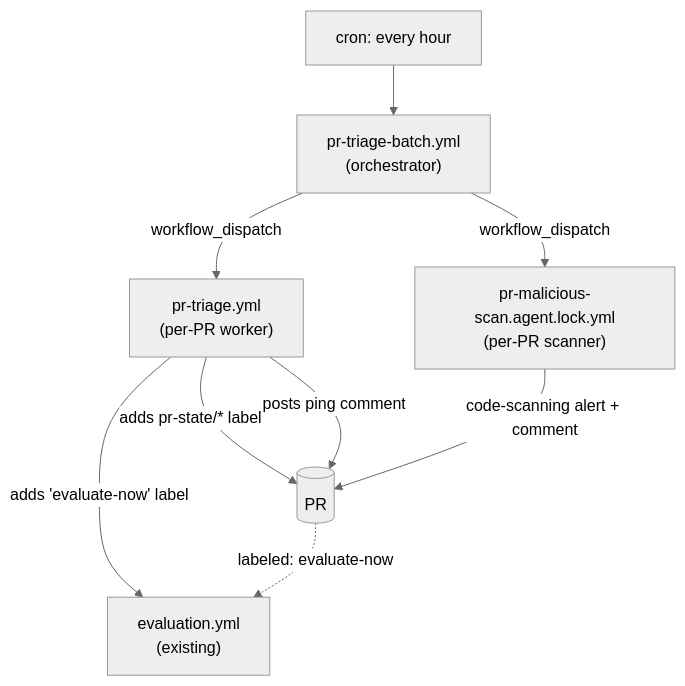
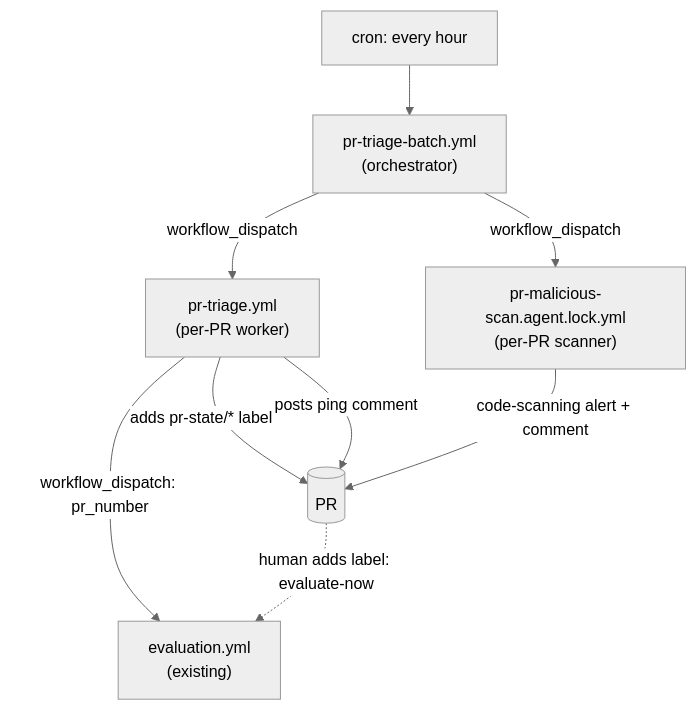
The diagram in docs/design/pr-triage-workflows.md (dotnet/skills), drawn with Mermaid (neutral theme) before and after one commit. The commit also changed other lines of this file and 3 other files, not shown here.

First line of the commit message:
Fix PR-triage eval trigger: dispatch evaluation.yml instead of bot label

````diff
--- a/docs/design/pr-triage-workflows.md
+++ b/docs/design/pr-triage-workflows.md
@@ -19,11 +19,11 @@
 ```mermaid
 flowchart TD
     Cron["cron: every hour"] --> Batch["pr-triage-batch.yml<br/>(orchestrator)"]
     Batch -->|workflow_dispatch| Worker["pr-triage.yml<br/>(per-PR worker)"]
     Batch -->|workflow_dispatch| Scan["pr-malicious-scan.agent.lock.yml<br/>(per-PR scanner)"]
-    Worker -->|adds 'evaluate-now' label| Eval["evaluation.yml<br/>(existing)"]
+    Worker -->|workflow_dispatch: pr_number| Eval["evaluation.yml<br/>(existing)"]
     Worker -->|adds pr-state/* label| PR[("PR")]
     Worker -->|posts ping comment| PR
     Scan -->|code-scanning alert + comment| PR
-    PR -.->|labeled: evaluate-now| Eval
+    PR -.->|human adds label: evaluate-now| Eval
 ```
````
